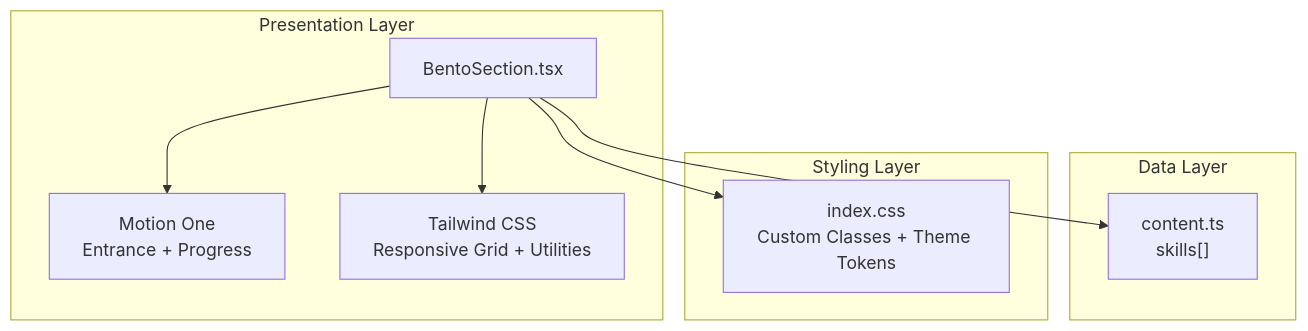
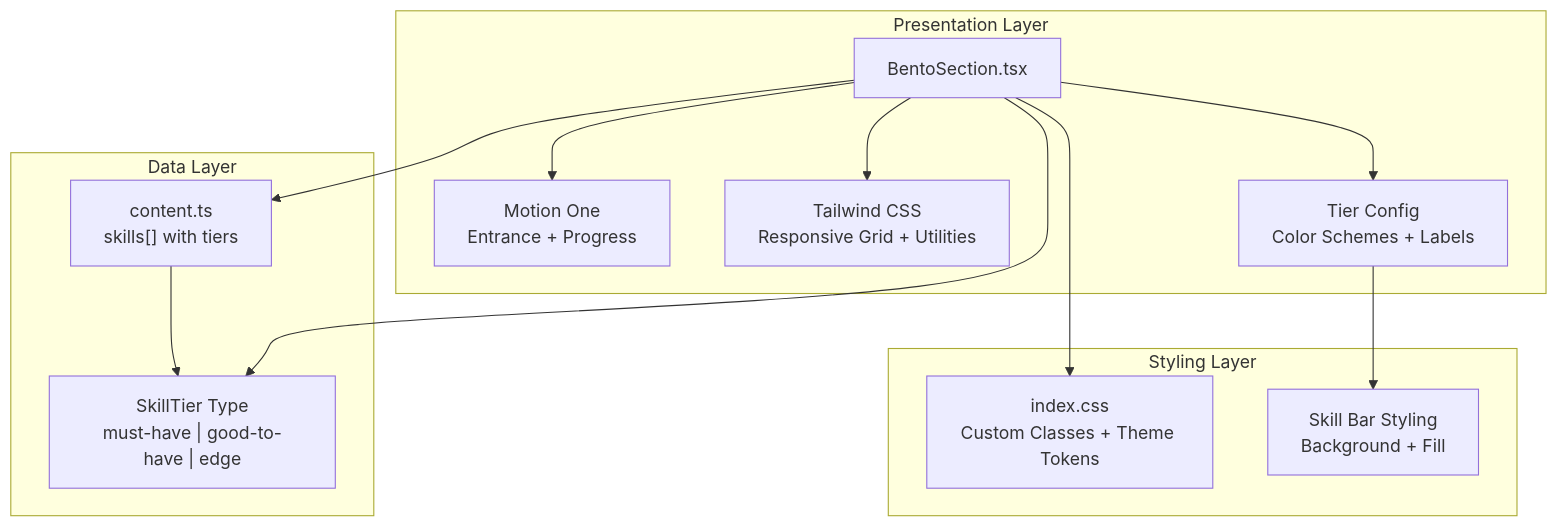
The second of 4 diagrams in .qoder/repowiki/en/content/Component Library & UI Elements/BentoSection Component.md (subash7781/Portfolio), drawn with Mermaid before and after one commit. The commit also changed other lines of this file and 8 other files, not shown here.

````diff
--- a/.qoder/repowiki/en/content/Component Library & UI Elements/BentoSection Component.md
+++ b/.qoder/repowiki/en/content/Component Library & UI Elements/BentoSection Component.md
@@ -66,18 +78,25 @@
 ```mermaid
 graph TB
 subgraph "Presentation Layer"
 Bento["BentoSection.tsx"]
 Motion["Motion One<br/>Entrance + Progress"]
 Tailwind["Tailwind CSS<br/>Responsive Grid + Utilities"]
+TierConfig["Tier Config<br/>Color Schemes + Labels"]
 end
 subgraph "Data Layer"
-Content["content.ts<br/>skills[]"]
+Content["content.ts<br/>skills[] with tiers"]
+SkillType["SkillTier Type<br/>must-have | good-to-have | edge"]
 end
 subgraph "Styling Layer"
 BaseCSS["index.css<br/>Custom Classes + Theme Tokens"]
+SkillBars["Skill Bar Styling<br/>Background + Fill"]
 end
 Bento --> Motion
 Bento --> Tailwind
+Bento --> TierConfig
 Bento --> Content
+Bento --> SkillType
 Bento --> BaseCSS
+TierConfig --> SkillBars
+Content --> SkillType
 ```
````
